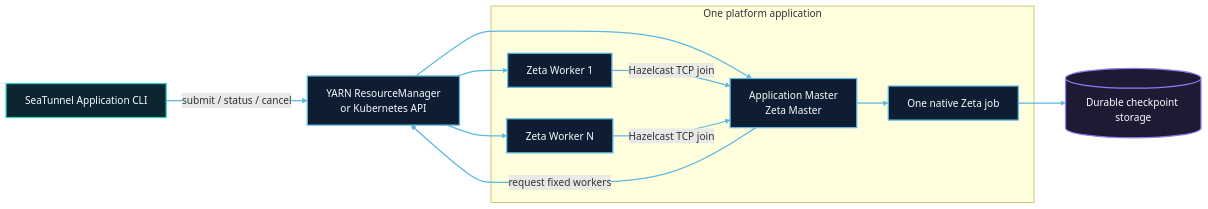
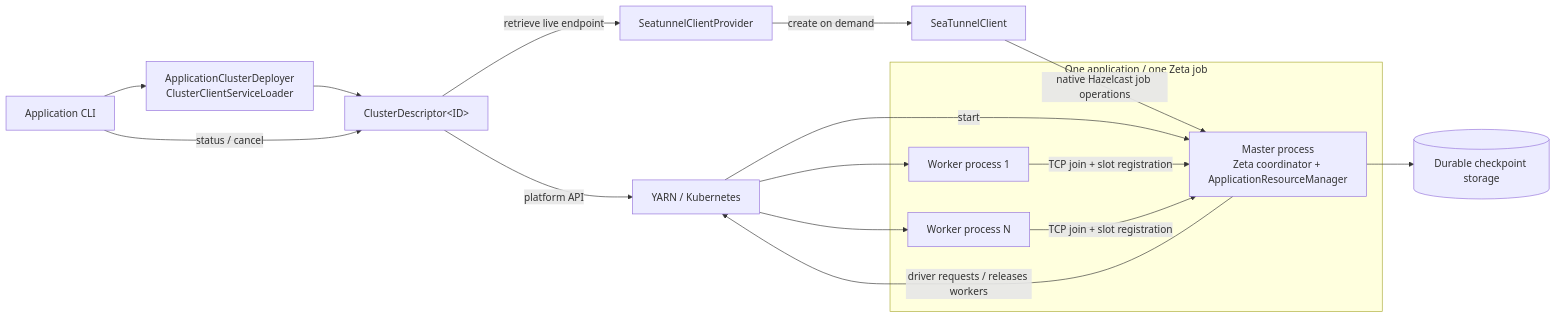
The first of 2 diagrams in seatunnel-resource-managers/STIP-41-native-zeta-application-mode.md (apache/seatunnel), drawn with Mermaid before and after one commit. The commit also changed other lines of this file and 102 other files, not shown here.

````diff
--- a/seatunnel-resource-managers/STIP-41-native-zeta-application-mode.md
+++ b/seatunnel-resource-managers/STIP-41-native-zeta-application-mode.md
@@ -56,32 +42,28 @@
 ```mermaid
 flowchart LR
-  client["SeaTunnel Application CLI"]
-  platform["YARN ResourceManager<br/>or Kubernetes API"]
-
-  subgraph app["One platform application"]
-    master["Application Master<br/>Zeta Master"]
-    worker1["Zeta Worker 1"]
-    workerN["Zeta Worker N"]
-    job["One native Zeta job"]
-  end
-
-  checkpoint[("Durable checkpoint storage")]
-
-  client -->|submit / status / cancel| platform
-  platform --> master
-  master -->|request fixed workers| platform
-  platform --> worker1
-  platform --> workerN
-  worker1 -->|Hazelcast TCP join| master
-  workerN -->|Hazelcast TCP join| master
-  master --> job
-  job --> checkpoint
-
-  classDef layerBlue fill:#0f1d33,stroke:#5db8e2,stroke-width:2px,color:#f8fbff;
-  classDef layerCyan fill:#0c2530,stroke:#2dd4bf,stroke-width:2px,color:#f8fbff;
-  classDef layerPurple fill:#1f1a34,stroke:#8d7cf6,stroke-width:2px,color:#f8fbff;
-  class client layerCyan;
-  class platform,master,worker1,workerN,job layerBlue;
-  class checkpoint layerPurple;
-  linkStyle default stroke:#5db8e2,stroke-width:2px;
+    CLI["Application CLI"]
+    D["ApplicationClusterDeployer<br/>ClusterClientServiceLoader"]
+    CD["ClusterDescriptor&lt;ID&gt;"]
+    P["YARN / Kubernetes"]
+    CP["SeatunnelClientProvider"]
+    C["SeaTunnelClient"]
+    subgraph APP["One application / one Zeta job"]
+        M["Master process<br/>Zeta coordinator + ApplicationResourceManager"]
+        W1["Worker process 1"]
+        WN["Worker process N"]
+    end
+    S[("Durable checkpoint storage")]
+    CLI --> D --> CD
+    CLI -->|status / cancel| CD
+    CD -->|platform API| P
+    CD -->|retrieve live endpoint| CP
+    CP -->|create on demand| C
+    C -->|native Hazelcast job operations| M
+    P -->|start| M
+    M -->|driver requests / releases workers| P
+    P --> W1
+    P --> WN
+    W1 -->|TCP join + slot registration| M
+    WN -->|TCP join + slot registration| M
+    M --> S
 ```
````
